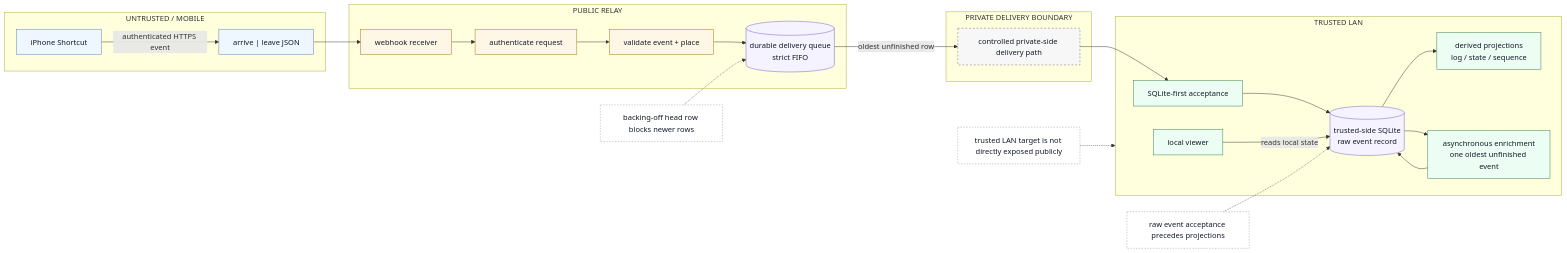
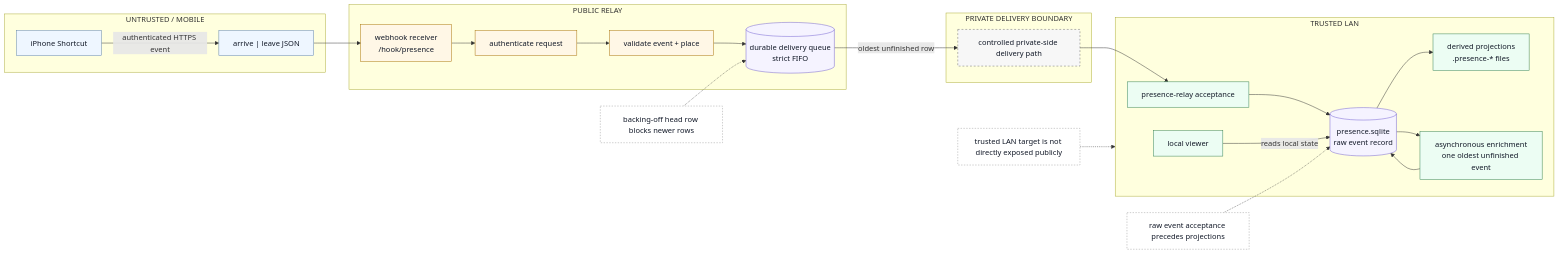
The first of 3 diagrams in docs/architecture-diagrams.md (broeneatsdinner/presence-relay), drawn with Mermaid before and after one commit. The commit also changed other lines of this file and 22 other files, not shown here.

Commit message:
Adopt canonical Presence Relay naming

````diff
--- a/docs/architecture-diagrams.md
+++ b/docs/architecture-diagrams.md
@@ -17,61 +17,61 @@
 ```mermaid
 flowchart LR
 	subgraph mobile["UNTRUSTED / MOBILE"]
 		shortcut["iPhone Shortcut"]
 		payload["arrive | leave JSON"]
 	end
 
 	subgraph relay["PUBLIC RELAY"]
-		webhook["webhook receiver"]
+		webhook["webhook receiver<br/>/hook/presence"]
 		auth["authenticate request"]
 		validate["validate event + place"]
 		queue[("durable delivery queue<br/>strict FIFO")]
 	end
 
 	subgraph boundary["PRIVATE DELIVERY BOUNDARY"]
 		delivery["controlled private-side delivery path"]
 	end
 
 	subgraph lan["TRUSTED LAN"]
-		accept["SQLite-first acceptance"]
-		db[("trusted-side SQLite<br/>raw event record")]
-		projections["derived projections<br/>log / state / sequence"]
+		accept["presence-relay acceptance"]
+		db[("presence.sqlite<br/>raw event record")]
+		projections["derived projections<br/>.presence-* files"]
 		enrich["asynchronous enrichment<br/>one oldest unfinished event"]
 		viewer["local viewer"]
 	end
 
 	shortcut -->|"authenticated HTTPS event"| payload
 	payload --> webhook
 	webhook --> auth
 	auth --> validate
 	validate --> queue
 	queue -->|"oldest unfinished row"| delivery
 	delivery --> accept
 	accept --> db
 	db --> projections
 	db --> enrich
 	enrich --> db
 	viewer -->|"reads local state"| db
 
 	lan_note["trusted LAN target is not directly exposed publicly"]
 	queue_note["backing-off head row blocks newer rows"]
 	db_note["raw event acceptance precedes projections"]
 
 	lan_note -.-> lan
 	queue_note -.-> queue
 	db_note -.-> db
 
 	classDef edge fill:#eef6ff,stroke:#5b7fa6,color:#111827
 	classDef public fill:#fff7e6,stroke:#a66f00,color:#111827
 	classDef boundary fill:#f7f7f7,stroke:#666,color:#111827,stroke-dasharray: 4 4
 	classDef trusted fill:#ecfdf3,stroke:#2f7d4f,color:#111827
 	classDef storage fill:#f5f3ff,stroke:#6d5bd0,color:#111827
 	classDef note fill:#ffffff,stroke:#999,color:#111827,stroke-dasharray: 3 3
 
 	class shortcut,payload edge
 	class webhook,auth,validate public
 	class delivery boundary
 	class accept,projections,enrich,viewer trusted
 	class queue,db storage
 	class lan_note,queue_note,db_note note
 ```
````
